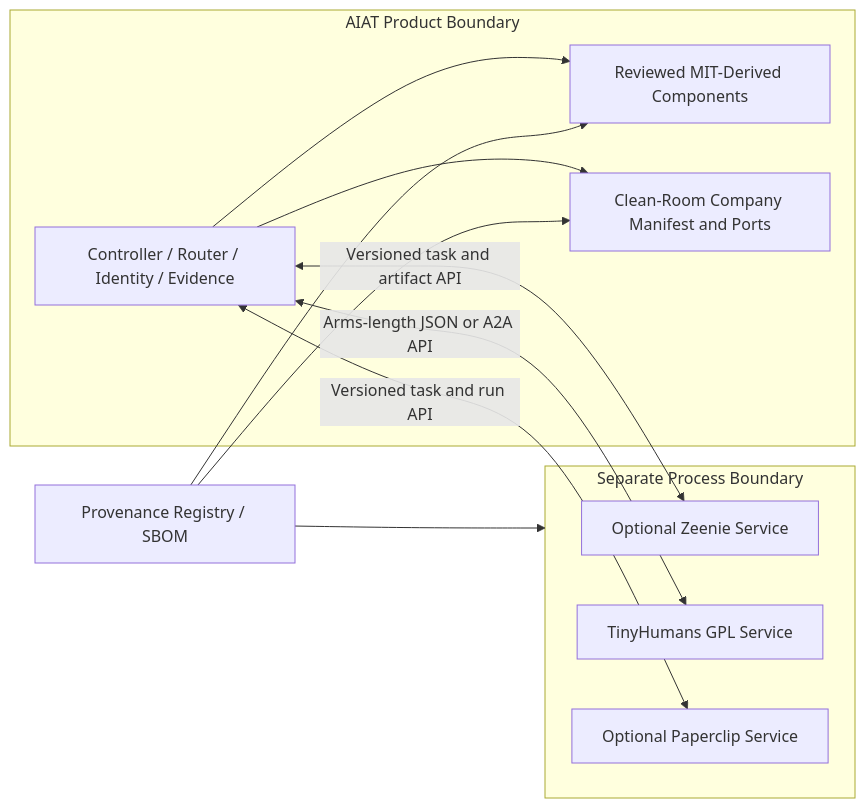
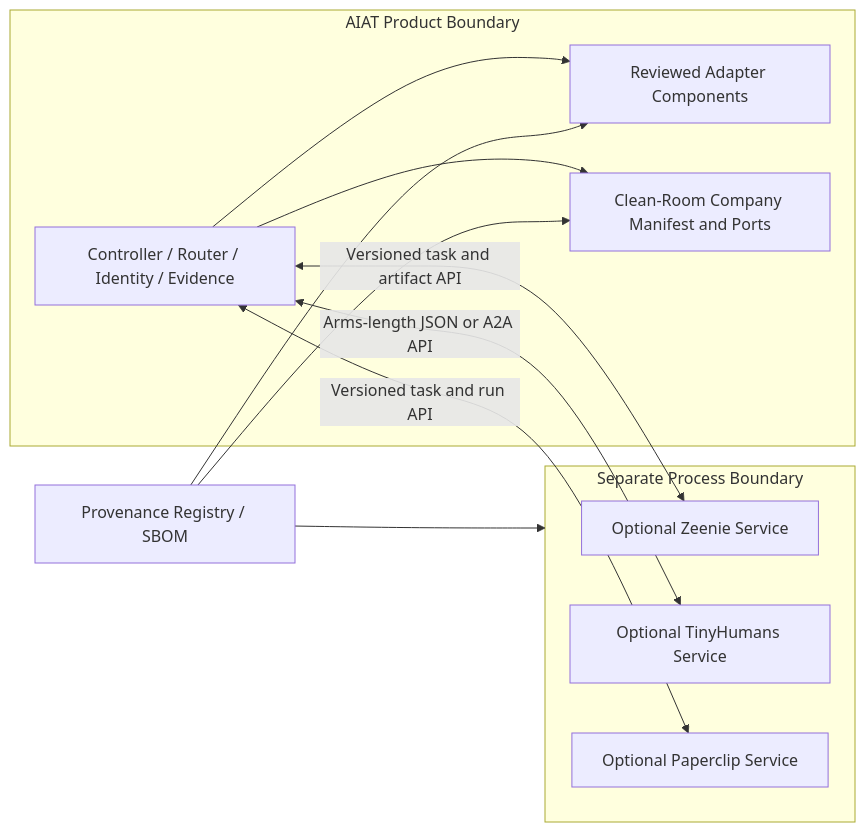
The second of 2 diagrams in deep-research-report.md (Maaroufabousaleh/AIAT), drawn with Mermaid before and after one commit. The commit also changed other lines of this file and 1 other file, not shown here.

````diff
--- a/deep-research-report.md
+++ b/deep-research-report.md
@@ -245,25 +245,25 @@
 ```mermaid
 flowchart LR
     subgraph ProprietaryAIAT[AIAT Product Boundary]
         Core[Controller / Router / Identity / Evidence]
-        MITAdapt[Reviewed MIT-Derived Components]
+        Adapt[Reviewed Adapter Components]
         Clean[Clean-Room Company Manifest and Ports]
-        Core --> MITAdapt
+        Core --> Adapt
         Core --> Clean
     end
 
     subgraph ExternalBoundary[Separate Process Boundary]
         Zeenie[Optional Zeenie Service]
-        Tiny[TinyHumans GPL Service]
+        Tiny[Optional TinyHumans Service]
         Paperclip[Optional Paperclip Service]
     end
 
     Core <-->|Versioned task and artifact API| Zeenie
     Core <-->|Arms-length JSON or A2A API| Tiny
     Core <-->|Versioned task and run API| Paperclip
 
     Registry[Provenance Registry / SBOM]
-    Registry --> MITAdapt
+    Registry --> Adapt
     Registry --> Clean
     Registry --> ExternalBoundary
 ```
````
